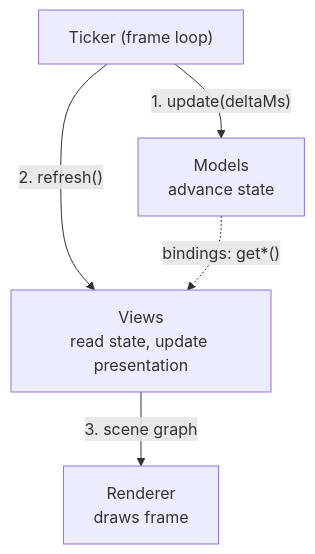
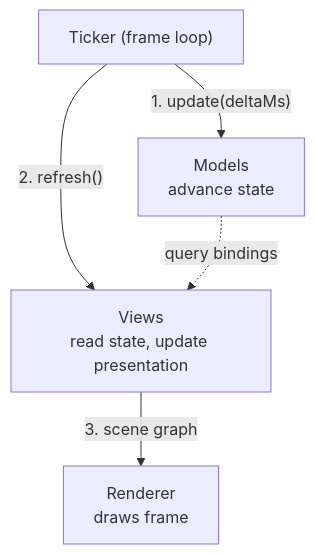
One commit to yortus/mvt-games changed the first of 2 diagrams in docs/building-with-mvt/the-game-loop.md. Above: the diagram before and after it, drawn with Mermaid. The commit also changed other lines of this file and 33 other files, not shown here.

````diff
--- a/docs/building-with-mvt/the-game-loop.md
+++ b/docs/building-with-mvt/the-game-loop.md
@@ -16,7 +16,7 @@
 ```mermaid
 flowchart TB
     T["Ticker (frame loop)"] -- "1. update(deltaMs)" --> M["Models\nadvance state"]
     T -- "2. refresh()" --> V["Views\nread state, update presentation"]
     V -- "3. scene graph" --> R["Renderer\ndraws frame"]
-    M -. "bindings: get*()" .-> V
+    M -. "query bindings" .-> V
 ```
````
